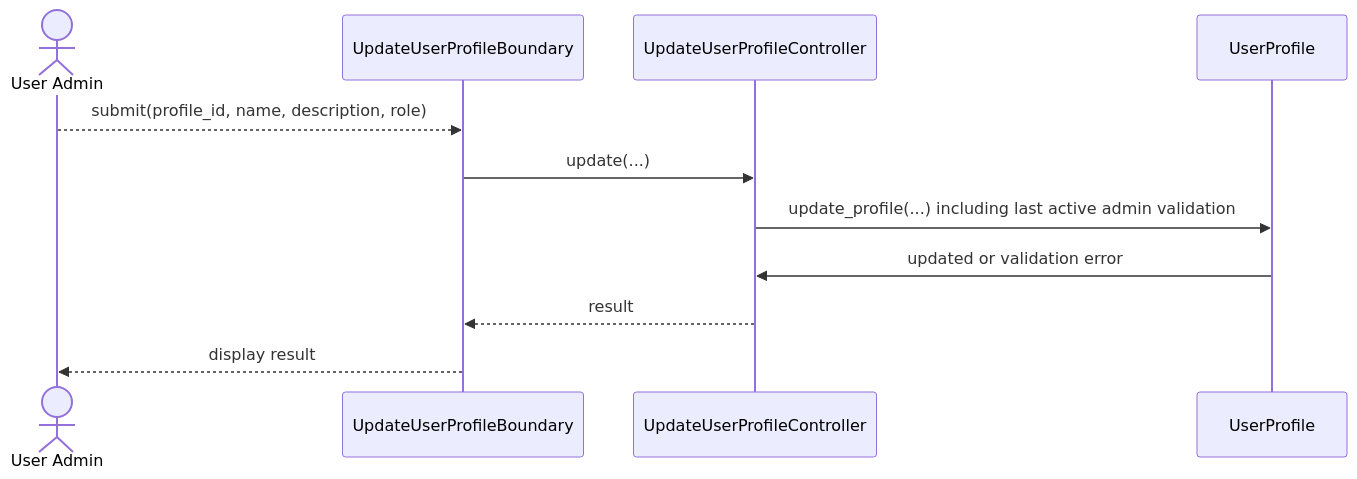
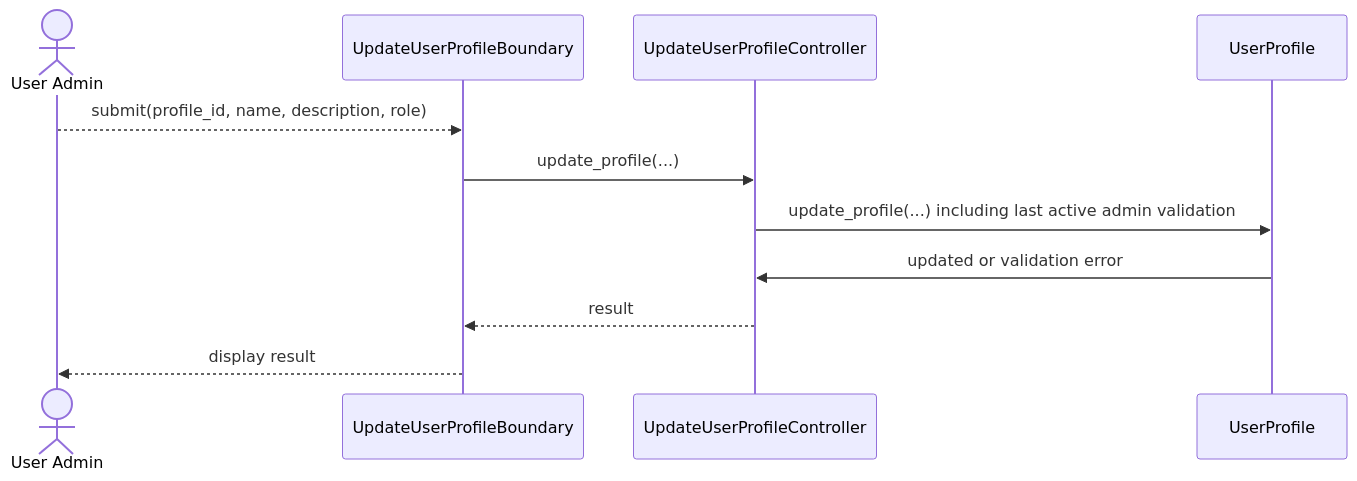
One commit to boyinapuddle/CSIT314-Chinese changed the diagram in diagrams/US03_Update_User_Profile/Sequence.mmd. Above: the diagram before and after it, drawn with Mermaid. The commit also changed 140 other files, not shown here.

```diff
--- a/diagrams/US03_Update_User_Profile/Sequence.mmd
+++ b/diagrams/US03_Update_User_Profile/Sequence.mmd
@@ -1,11 +1,11 @@
 sequenceDiagram
     actor P0 as User Admin
     participant P1 as UpdateUserProfileBoundary
     participant P2 as UpdateUserProfileController
     participant P3 as UserProfile
     P0-->>P1: submit(profile_id, name, description, role)
-    P1->>P2: update(...)
+    P1->>P2: update_profile(...)
     P2->>P3: update_profile(...) including last active admin validation
     P3->>P2: updated or validation error
     P2-->>P1: result
     P1-->>P0: display result
```
